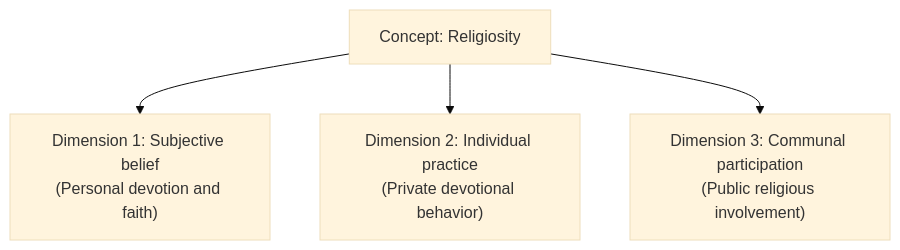
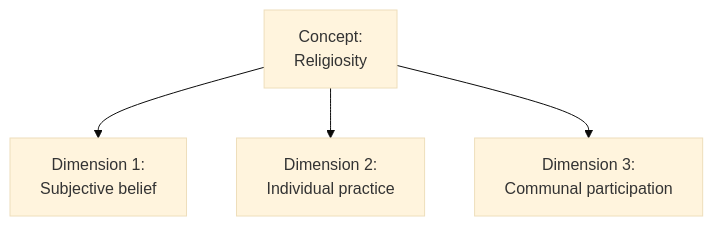
One commit to ttezcann/ssci321 changed the second of 2 diagrams in docs/modules/concepts-and-indicators.md. Above: the diagram before and after it, drawn with Mermaid (base theme). The commit also changed other lines of this file and 2 other files, not shown here.

````diff
--- a/docs/modules/concepts-and-indicators.md
+++ b/docs/modules/concepts-and-indicators.md
@@ -124,12 +123,12 @@
 ```mermaid
 graph TD
-    Religiosity["Concept: Religiosity"]
+    Religiosity["Concept: <br> Religiosity"]
     
-    Dim1["Dimension 1: Subjective belief<br/>(Personal devotion and faith)"]
-    Dim2["Dimension 2: Individual practice<br/>(Private devotional behavior)"]
-    Dim3["Dimension 3: Communal participation<br/>(Public religious involvement)"]
+    Dim1["Dimension 1:  <br>  Subjective belief"]
+    Dim2["Dimension 2:  <br>  Individual practice"]
+    Dim3["Dimension 3:  <br>  Communal participation"]
     
     Religiosity --> Dim1
     Religiosity --> Dim2
     Religiosity --> Dim3
 ```
````
